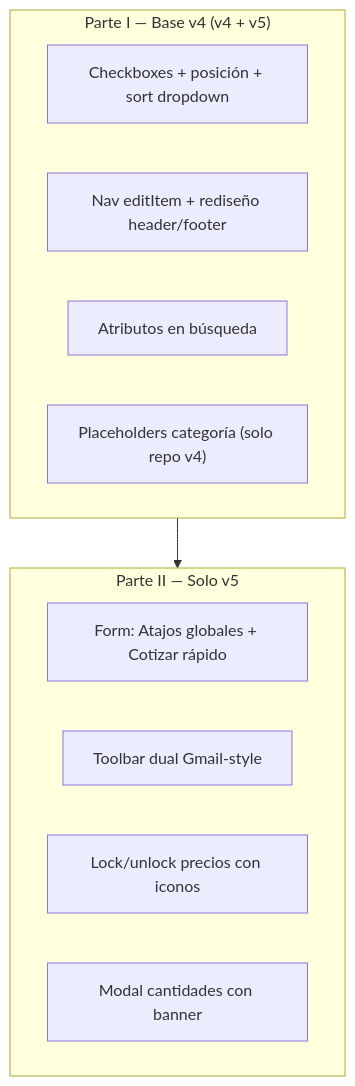
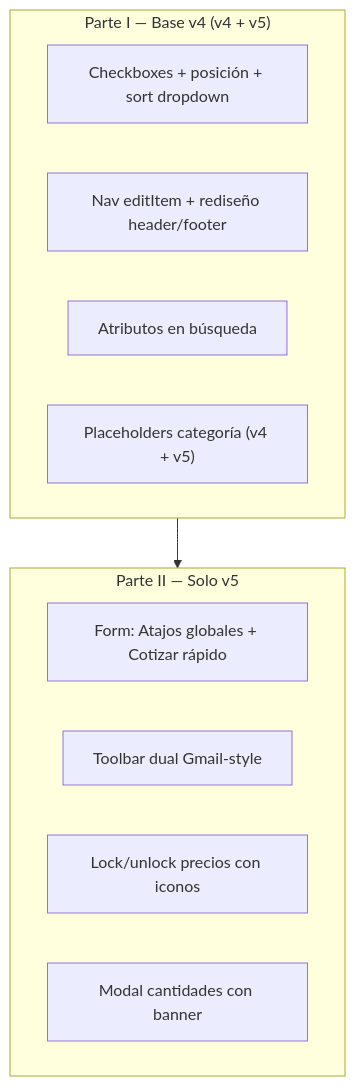
The diagram in COTIZACION-V4-VS-V5.md (JPSformas/Cotizador-V5), drawn with Mermaid before and after one commit. The commit also changed other lines of this file and 1 other file, not shown here.

````diff
--- a/COTIZACION-V4-VS-V5.md
+++ b/COTIZACION-V4-VS-V5.md
@@ -378,18 +360,18 @@
 ```mermaid
 flowchart TB
     subgraph base["Parte I — Base v4 (v4 + v5)"]
         A1["Checkboxes + posición + sort dropdown"]
         B1["Nav editItem + rediseño header/footer"]
         B6["Atributos en búsqueda"]
-        B7["Placeholders categoría (solo repo v4)"]
+        B7["Placeholders categoría (v4 + v5)"]
     end
 
     subgraph v5only["Parte II — Solo v5"]
         F2["Form: Atajos globales + Cotizar rápido"]
         T2["Toolbar dual Gmail-style"]
         P2["Lock/unlock precios con iconos"]
         M2["Modal cantidades con banner"]
     end
 
     base --> v5only
 ```
````
